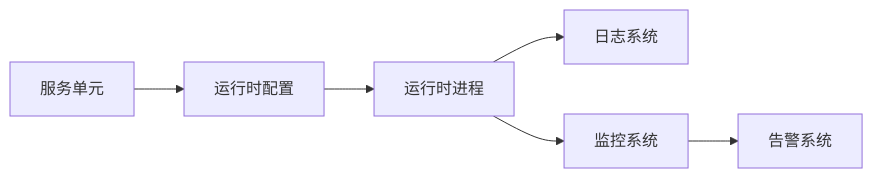
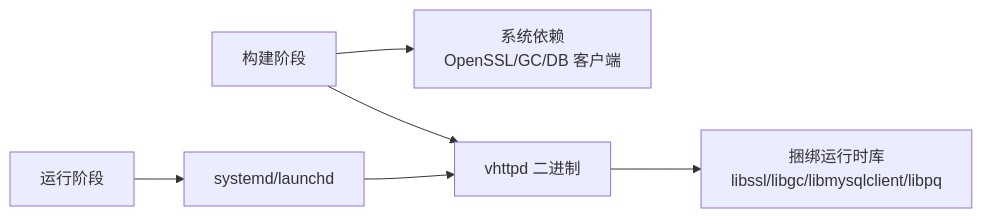
The eighth of 8 diagrams in .qoder/repowiki/zh/content/部署运维/部署运维.md (guweigang/vhttpd), drawn with Mermaid before and after one commit. The commit also changed other lines of this file and 697 other files, not shown here.

````diff
--- a/.qoder/repowiki/zh/content/部署运维/部署运维.md
+++ b/.qoder/repowiki/zh/content/部署运维/部署运维.md
@@ -254,8 +338,8 @@
 ```mermaid
 graph LR
-SVC["服务单元"] --> CFG["运行时配置"]
-CFG --> PROC["运行时进程"]
-PROC --> LOG["日志系统"]
-PROC --> MON["监控系统"]
-MON --> AL["告警系统"]
+Build["构建阶段"] --> Deps["系统依赖<br/>OpenSSL/GC/DB 客户端"]
+Build --> Bin["vhttpd 二进制"]
+Bin --> Bundled["捆绑运行时库<br/>libssl/libgc/libmysqlclient/libpq"]
+Run["运行阶段"] --> SysMgr["systemd/launchd"]
+SysMgr --> Bin
 ```
````
